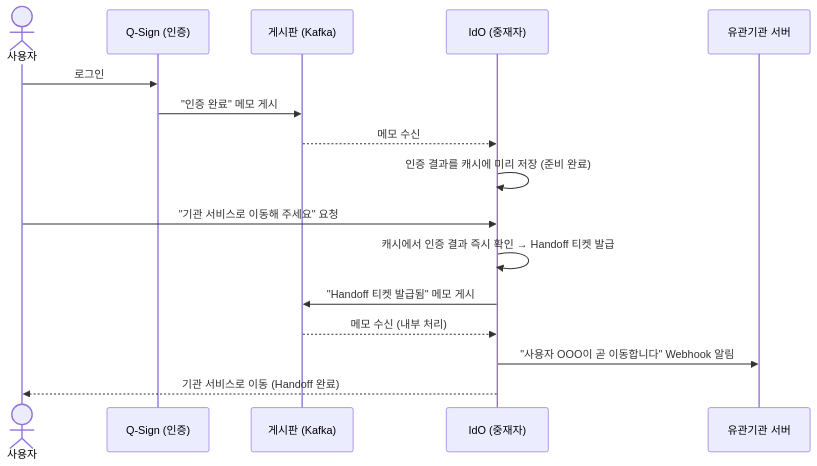
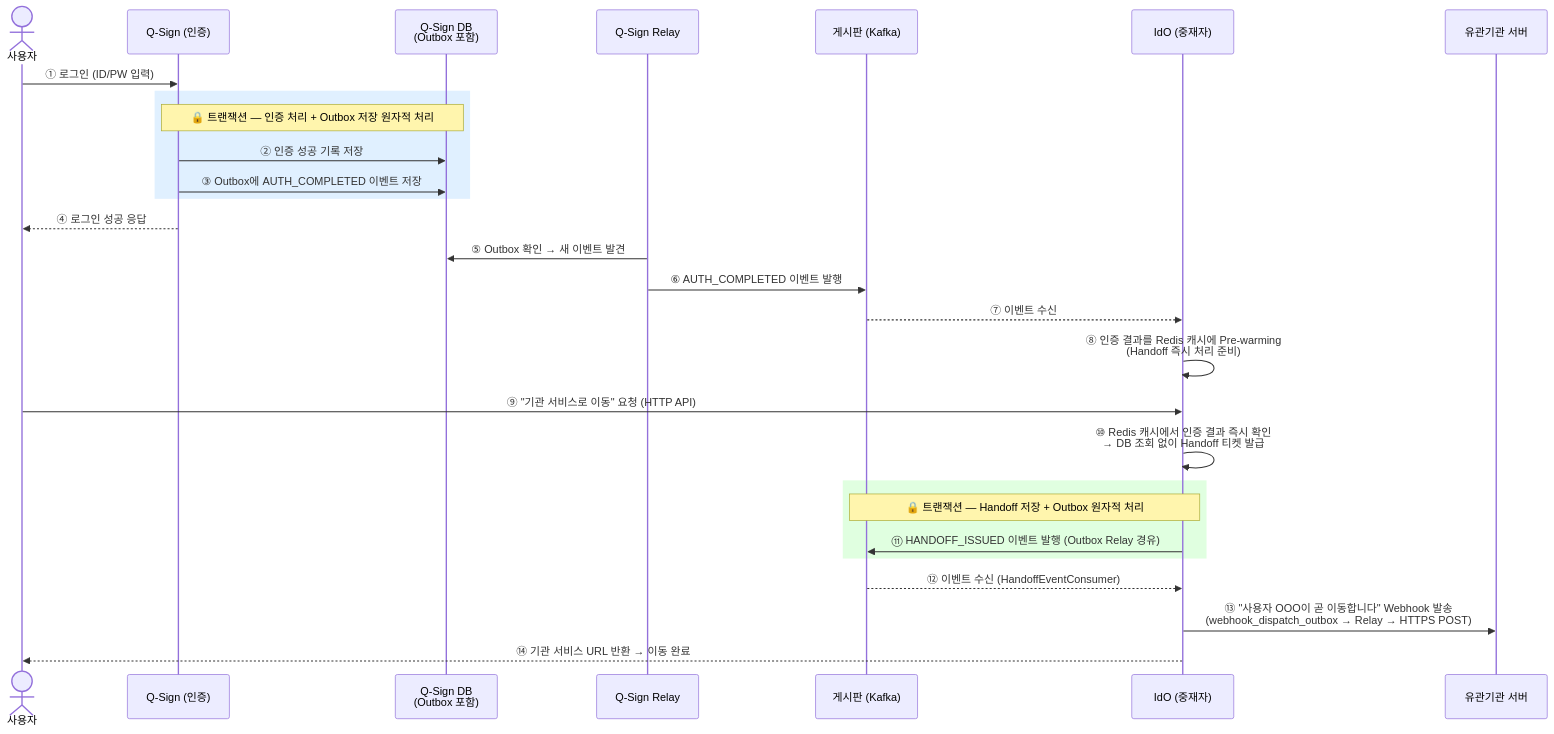
Before and after one commit to HipsterMIN/integration-sso: the sixth of 10 diagrams in docs/kafka_easy_guide_for_managers.md, drawn with Mermaid. The commit also changed other lines of this file and 1 other file, not shown here.

````diff
--- a/docs/kafka_easy_guide_for_managers.md
+++ b/docs/kafka_easy_guide_for_managers.md
@@ -163,20 +216,38 @@
 ```mermaid
 sequenceDiagram
     actor 사용자
     participant QS as Q-Sign (인증)
+    participant DB_QS as Q-Sign DB<br/>(Outbox 포함)
+    participant RELAY_QS as Q-Sign Relay
     participant KAFKA as 게시판 (Kafka)
     participant IDO as IdO (중재자)
     participant 기관 as 유관기관 서버
-    
-    사용자->>QS: 로그인
-    QS->>KAFKA: "인증 완료" 메모 게시
-    KAFKA-->>IDO: 메모 수신
-    IDO->>IDO: 인증 결과를 캐시에 미리 저장 (준비 완료)
-    
-    사용자->>IDO: "기관 서비스로 이동해 주세요" 요청
-    IDO->>IDO: 캐시에서 인증 결과 즉시 확인 → Handoff 티켓 발급
-    IDO->>KAFKA: "Handoff 티켓 발급됨" 메모 게시
-    KAFKA-->>IDO: 메모 수신 (내부 처리)
-    IDO->>기관: "사용자 OOO이 곧 이동합니다" Webhook 알림
-    IDO-->>사용자: 기관 서비스로 이동 (Handoff 완료)
+
+    사용자->>QS: ① 로그인 (ID/PW 입력)
+
+    rect rgb(224, 240, 255)
+        note over QS,DB_QS: 🔒 트랜잭션 — 인증 처리 + Outbox 저장 원자적 처리
+        QS->>DB_QS: ② 인증 성공 기록 저장
+        QS->>DB_QS: ③ Outbox에 AUTH_COMPLETED 이벤트 저장
+    end
+
+    QS-->>사용자: ④ 로그인 성공 응답
+
+    RELAY_QS->>DB_QS: ⑤ Outbox 확인 → 새 이벤트 발견
+    RELAY_QS->>KAFKA: ⑥ AUTH_COMPLETED 이벤트 발행
+
+    KAFKA-->>IDO: ⑦ 이벤트 수신
+    IDO->>IDO: ⑧ 인증 결과를 Redis 캐시에 Pre-warming<br/>(Handoff 즉시 처리 준비)
+
+    사용자->>IDO: ⑨ "기관 서비스로 이동" 요청 (HTTP API)
+    IDO->>IDO: ⑩ Redis 캐시에서 인증 결과 즉시 확인<br/>→ DB 조회 없이 Handoff 티켓 발급
+
+    rect rgb(224, 255, 224)
+        note over IDO,KAFKA: 🔒 트랜잭션 — Handoff 저장 + Outbox 원자적 처리
+        IDO->>KAFKA: ⑪ HANDOFF_ISSUED 이벤트 발행 (Outbox Relay 경유)
+    end
+
+    KAFKA-->>IDO: ⑫ 이벤트 수신 (HandoffEventConsumer)
+    IDO->>기관: ⑬ "사용자 OOO이 곧 이동합니다" Webhook 발송<br/>(webhook_dispatch_outbox → Relay → HTTPS POST)
+    IDO-->>사용자: ⑭ 기관 서비스 URL 반환 → 이동 완료
 ```
````
